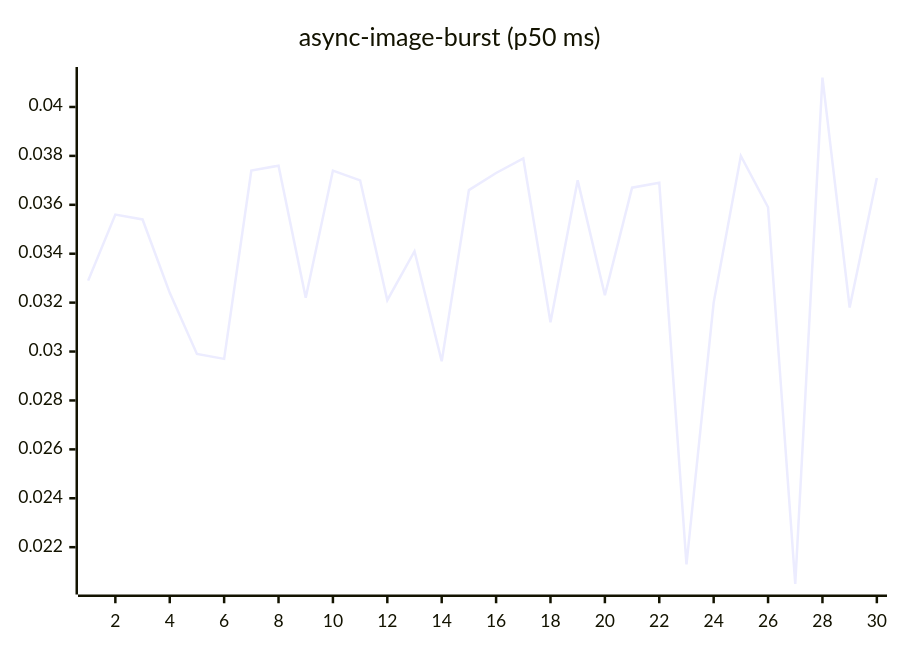
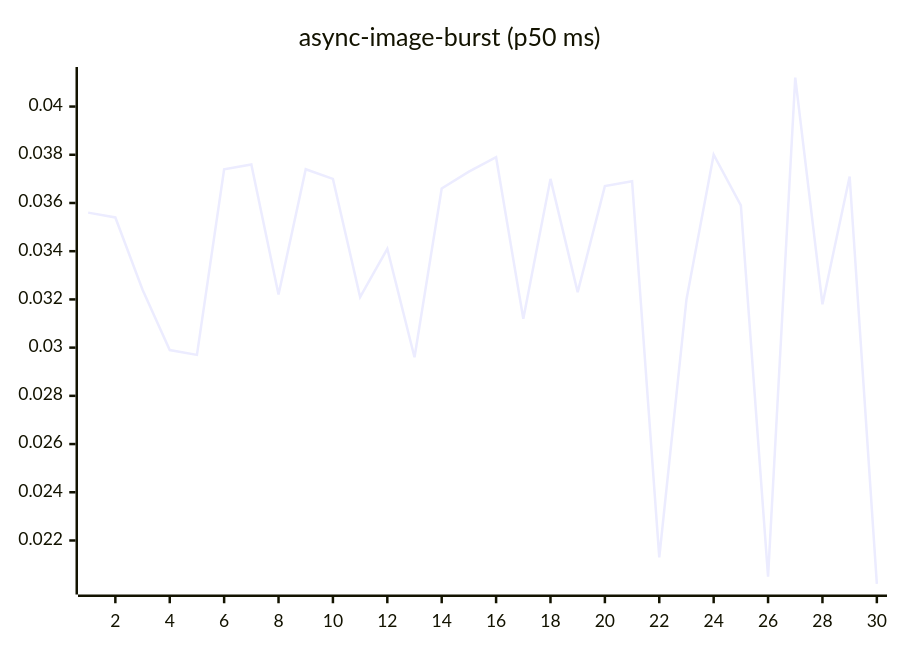
One commit to josha/Facet changed the fourth of 27 diagrams in README.md. Above: the diagram before and after it, drawn with Mermaid. The commit also changed other lines of this file and 2 other files, not shown here.

````diff
--- a/README.md
+++ b/README.md
@@ -84,6 +84,6 @@
 ```mermaid
 xychart-beta
     title "async-image-burst (p50 ms)"
     x-axis 1 --> 30
-    line [0.0329, 0.0356, 0.0354, 0.0324, 0.0299, 0.0297, 0.0374, 0.0376, 0.0322, 0.0374, 0.0370, 0.0321, 0.0341, 0.0296, 0.0366, 0.0373, 0.0379, 0.0312, 0.0370, 0.0323, 0.0367, 0.0369, 0.0213, 0.0320, 0.0380, 0.0359, 0.0205, 0.0412, 0.0318, 0.0371]
+    line [0.0356, 0.0354, 0.0324, 0.0299, 0.0297, 0.0374, 0.0376, 0.0322, 0.0374, 0.0370, 0.0321, 0.0341, 0.0296, 0.0366, 0.0373, 0.0379, 0.0312, 0.0370, 0.0323, 0.0367, 0.0369, 0.0213, 0.0320, 0.0380, 0.0359, 0.0205, 0.0412, 0.0318, 0.0371, 0.0202]
 ```
````
